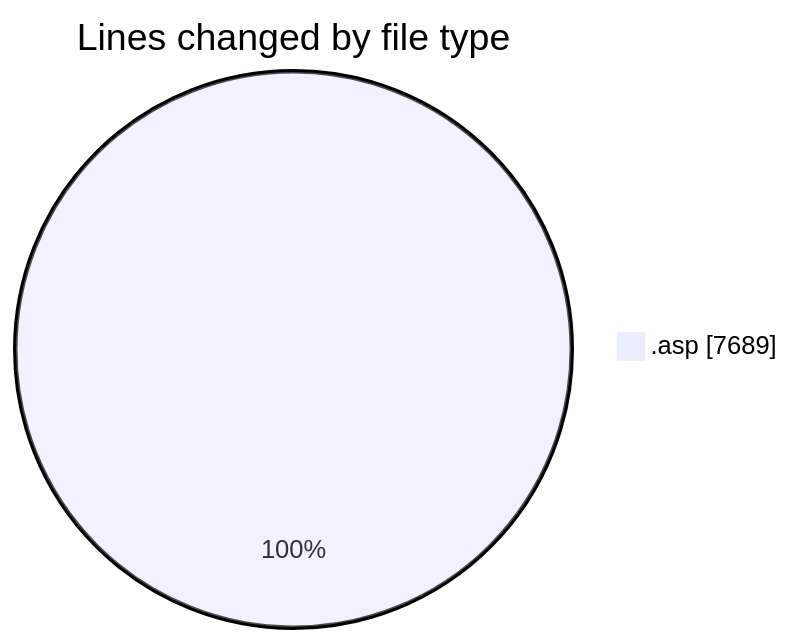
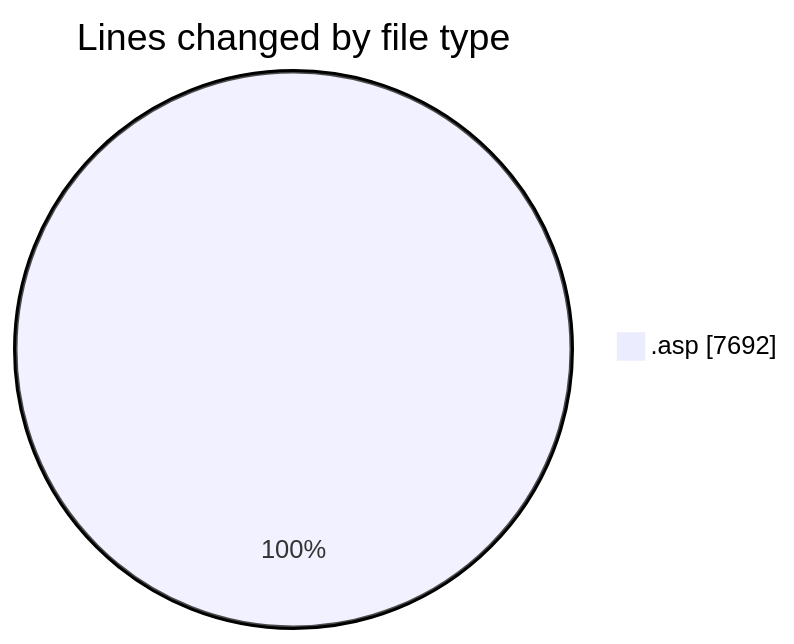
One commit to julien-gomy/code-tracking changed the first of 2 diagrams in 2025-10-31/cdp_aleoudev_fr__workspace_/README.md. Above: the diagram before and after it, drawn with Mermaid. The commit also changed other lines of this file and 1 other file, not shown here.

````diff
--- a/2025-10-31/cdp_aleoudev_fr__workspace_/README.md
+++ b/2025-10-31/cdp_aleoudev_fr__workspace_/README.md
@@ -25,5 +25,5 @@
 ```mermaid
 pie showData
 title Lines changed by file type
-".asp" : 7689
+".asp" : 7692
 ```
````
